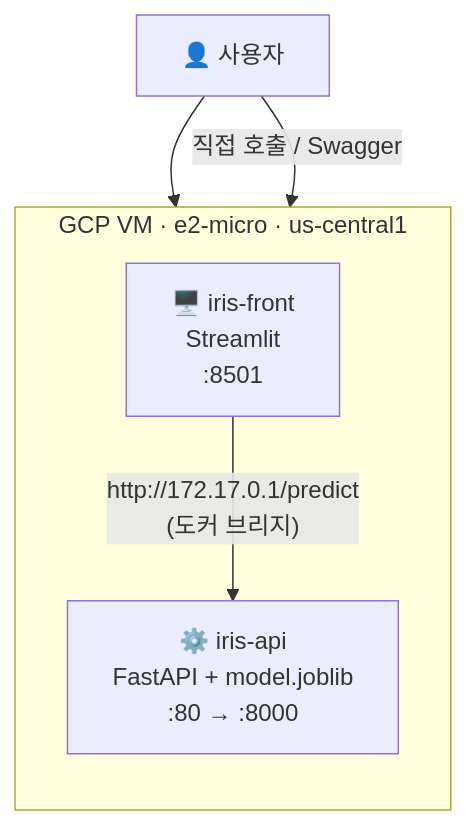
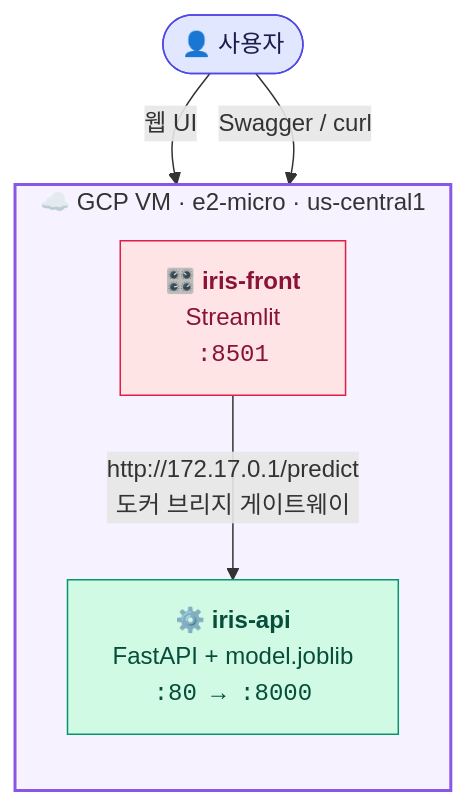
Before and after one commit to soya914/mlops_serving: the second of 3 diagrams in README.md, drawn with Mermaid. The commit also changed other lines of this file and 3 other files, not shown here.

````diff
--- a/README.md
+++ b/README.md
@@ -44,11 +97,19 @@
 ```mermaid
 flowchart TB
-    subgraph GCP["GCP VM · e2-micro · us-central1"]
+    U(["👤 사용자"])
+
+    subgraph GCP["☁️ GCP VM · e2-micro · us-central1"]
         direction TB
-        F["🖥️ iris-front<br/>Streamlit<br/>:8501"]
-        B["⚙️ iris-api<br/>FastAPI + model.joblib<br/>:80 → :8000"]
-        F -- "http://172.17.0.1/predict<br/>(도커 브리지)" --> B
+        F["🎛️ <b>iris-front</b><br/>Streamlit<br/><code>:8501</code>"]
+        B["⚙️ <b>iris-api</b><br/>FastAPI + model.joblib<br/><code>:80 → :8000</code>"]
+        F -- "http://172.17.0.1/predict<br/>도커 브리지 게이트웨이" --> B
     end
-    U["👤 사용자"] --> F
-    U -- "직접 호출 / Swagger" --> B
+
+    U -- "웹 UI" --> F
+    U -- "Swagger / curl" --> B
+
+    style GCP fill:#f6f2ff,stroke:#8957e5,stroke-width:2px
+    style F fill:#ffe4e6,stroke:#e11d48,color:#881337
+    style B fill:#d1fae5,stroke:#059669,color:#064e3b
+    style U fill:#e0e7ff,stroke:#4f46e5,color:#1e1b4b
 ```
````
